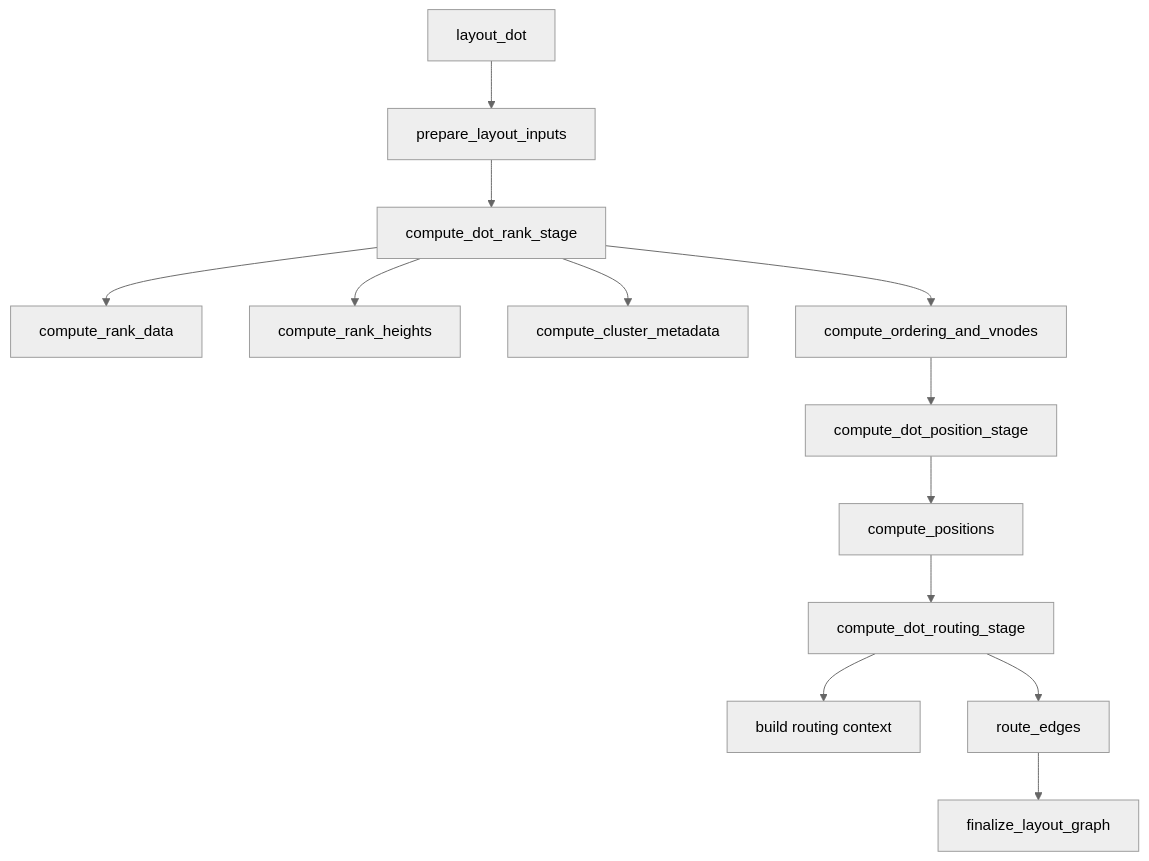
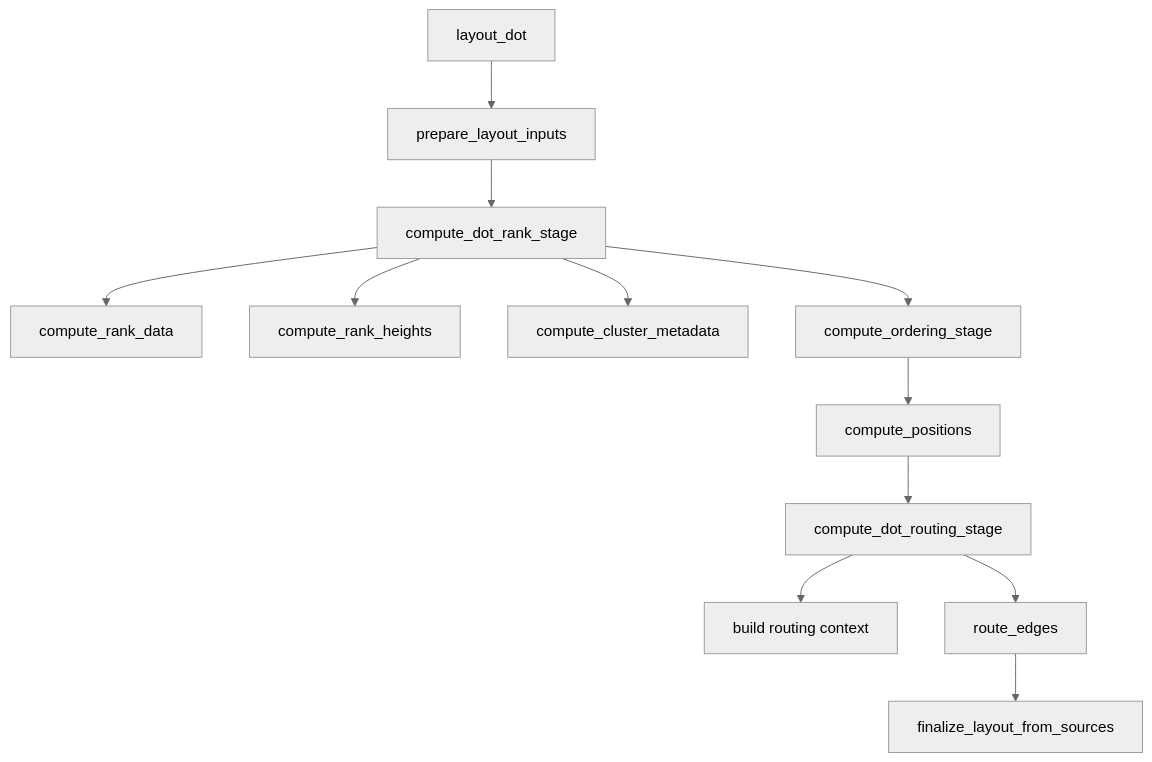
The first of 3 diagrams in src/layout/dot/DOT_LAYOUT_ALGORITHM.md (moonbit-community/graphviz), drawn with Mermaid (neutral theme) before and after one commit. The commit also changed other lines of this file and 1 other file, not shown here.

Commit message:
docs(dot): align stage references with current layout tree

````diff
--- a/src/layout/dot/DOT_LAYOUT_ALGORITHM.md
+++ b/src/layout/dot/DOT_LAYOUT_ALGORITHM.md
@@ -70,15 +69,14 @@
 ```mermaid
 flowchart TD
     A[layout_dot] --> B[prepare_layout_inputs]
     B --> C[compute_dot_rank_stage]
     C --> C1[compute_rank_data]
     C --> C2[compute_rank_heights]
     C --> C3[compute_cluster_metadata]
-    C --> C4[compute_ordering_and_vnodes]
-    C4 --> D[compute_dot_position_stage]
-    D --> D1[compute_positions]
-    D1 --> E[compute_dot_routing_stage]
+    C --> C4[compute_ordering_stage]
+    C4 --> D[compute_positions]
+    D --> E[compute_dot_routing_stage]
     E --> E1[build routing context]
     E --> E2[route_edges]
-    E2 --> F[finalize_layout_graph]
+    E2 --> F[finalize_layout_from_sources]
 ```
````
